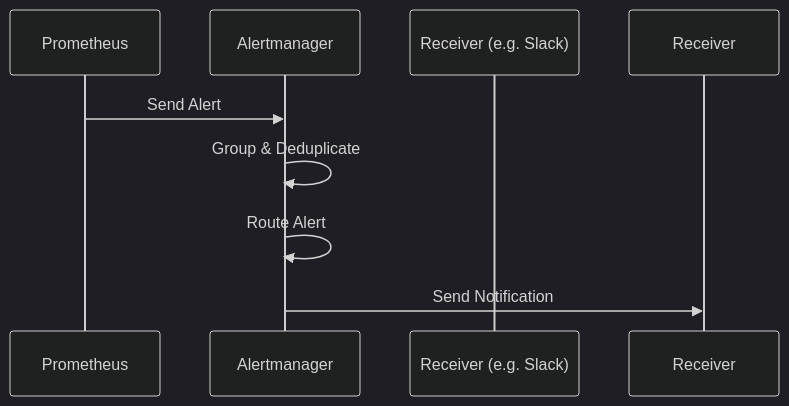
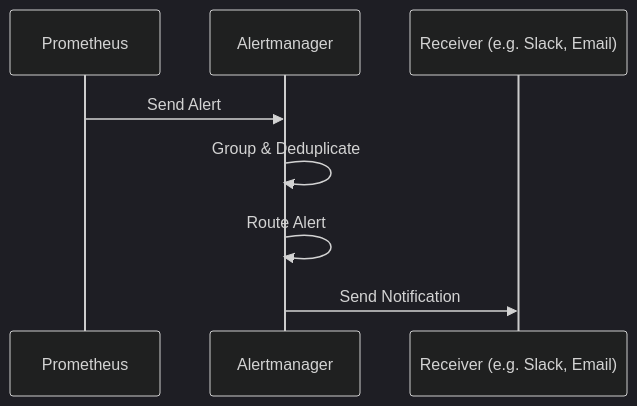
One commit to samin-irtiza/container-monitoring changed the diagram in docs/07_alertmanager_.md. Above: the diagram before and after it, drawn with Mermaid (dark theme). The commit also changed 1 other file, not shown here.

Commit message:
Update Diagrams

````diff
--- a/docs/07_alertmanager_.md
+++ b/docs/07_alertmanager_.md
@@ -144,11 +144,11 @@
 ```mermaid
 sequenceDiagram
     participant Prometheus
     participant Alertmanager
-    participant Receiver (e.g. Slack)
+    participant Receiver as Receiver (e.g. Slack, Email)
 
     Prometheus->>Alertmanager: Send Alert
     Alertmanager->>Alertmanager: Group & Deduplicate
     Alertmanager->>Alertmanager: Route Alert
     Alertmanager->>Receiver: Send Notification
 ```
````
